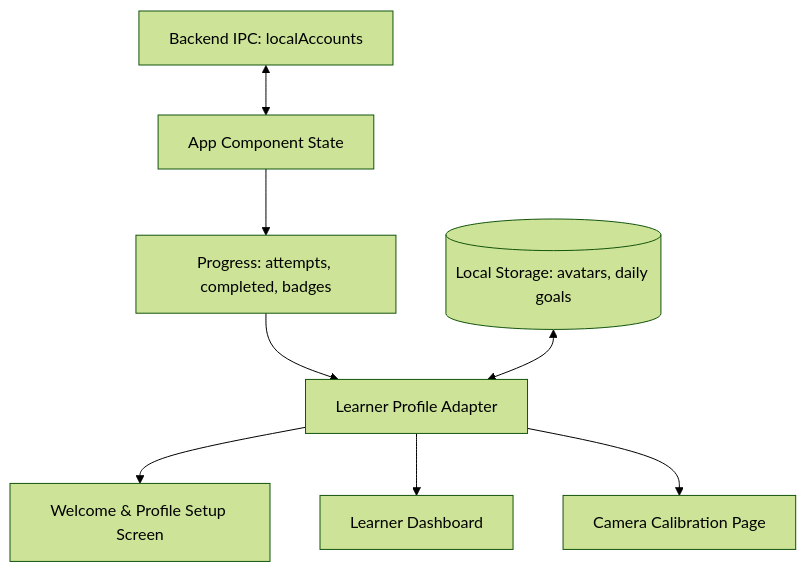
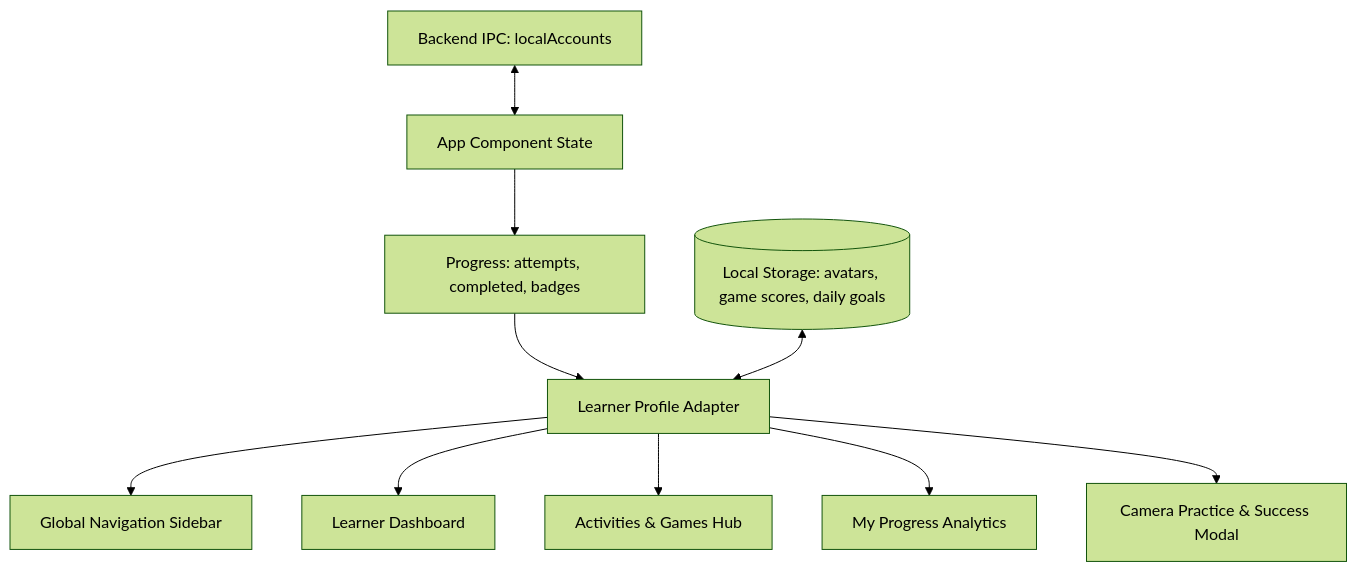
Before and after one commit to izdewww/AB-Sign: the diagram in UI_UX_IMPLEMENTATION_PLAN.md, drawn with Mermaid (forest theme). The commit also changed other lines of this file and 13 other files, not shown here.

````diff
--- a/UI_UX_IMPLEMENTATION_PLAN.md
+++ b/UI_UX_IMPLEMENTATION_PLAN.md
@@ -314,10 +594,12 @@
 ```mermaid
 flowchart TD
     BackendIPC[Backend IPC: localAccounts] <--> AppState[App Component State]
     AppState --> StoreData[Progress: attempts, completed, badges]
     StoreData --> ProfileAdapter[Learner Profile Adapter]
-    LocalStorage[(Local Storage: avatars, daily goals)] <--> ProfileAdapter
-    ProfileAdapter --> WelcomeUI[Welcome & Profile Setup Screen]
+    LocalStorage[(Local Storage: avatars, game scores, daily goals)] <--> ProfileAdapter
+    ProfileAdapter --> SidebarUI[Global Navigation Sidebar]
     ProfileAdapter --> DashboardUI[Learner Dashboard]
-    ProfileAdapter --> CameraSetupUI[Camera Calibration Page]
+    ProfileAdapter --> ActivitiesUI[Activities & Games Hub]
+    ProfileAdapter --> ProgressUI[My Progress Analytics]
+    ProfileAdapter --> CameraUI[Camera Practice & Success Modal]
 ```
````
